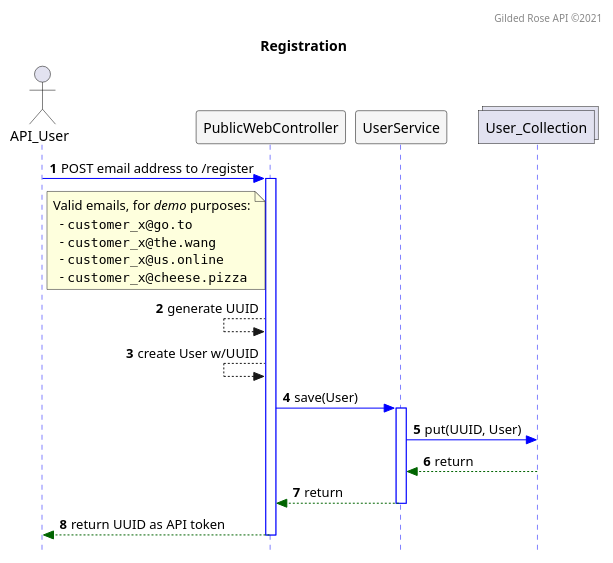
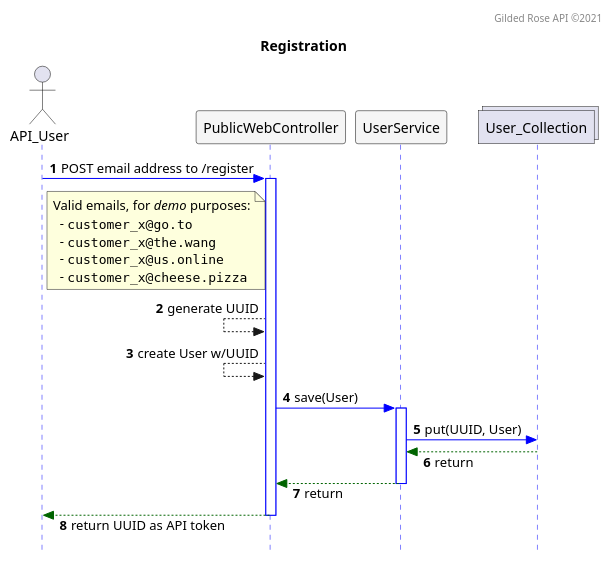
One commit to bladewheels/GildedRoseAPI changed the diagram in src/main/resources/seq.register.puml. Above: the diagram before and after it, drawn with PlantUML.

```diff
--- a/src/main/resources/seq.register.puml
+++ b/src/main/resources/seq.register.puml
@@ -1,43 +1,44 @@
 @startuml
 
-skinparam style strictuml
-skinparam sequence {
-responseMessageBelowArrow true
-ActorBorderColor Black
-CollectionsBackgroundColor LightSlateGrey
-CollectionsBorderColor DimGrey
-LifeLineBorderColor Blue
-ParticipantBackgroundColor WhiteSmoke
-ParticipantBorderColor Black
-}
 autonumber
+header Gilded Rose API ©2021
 hide footbox
 
+skinparam responseMessageBelowArrow true
+skinparam sequence {
+  ActorBorderColor Black
+  CollectionsBackgroundColor Grey
+  CollectionsBorderColor Black
+  LifeLineBorderColor Blue
+  ParticipantBackgroundColor WhiteSmoke
+  ParticipantBorderColor Black
+}
+skinparam style strictuml
 title Registration
-header Gilded Rose API ©2021
 
 actor API_User
 participant PublicWebController
 participant UserService
 collections User_Collection
 
 API_User -[#0000FF]> PublicWebController : POST email address to /register
 note right of API_User
  Valid emails, for //demo// purposes:
    - ""customer_x@go.to""
    - ""customer_x@the.wang""
    - ""customer_x@us.online""
    - ""customer_x@cheese.pizza""
 end note
 activate PublicWebController
 PublicWebController <-- PublicWebController : generate UUID
 PublicWebController <-- PublicWebController : create User w/UUID
 PublicWebController -[#0000FF]> UserService : save(User)
 activate UserService
 UserService -[#0000FF]> User_Collection : put(UUID, User)
 UserService <[#DarkGreen]-- User_Collection : return
 PublicWebController <[#DarkGreen]-- UserService : return
 deactivate UserService
 API_User <[#DarkGreen]-- PublicWebController : return UUID as API token
 deactivate PublicWebController
+
 @enduml
```
